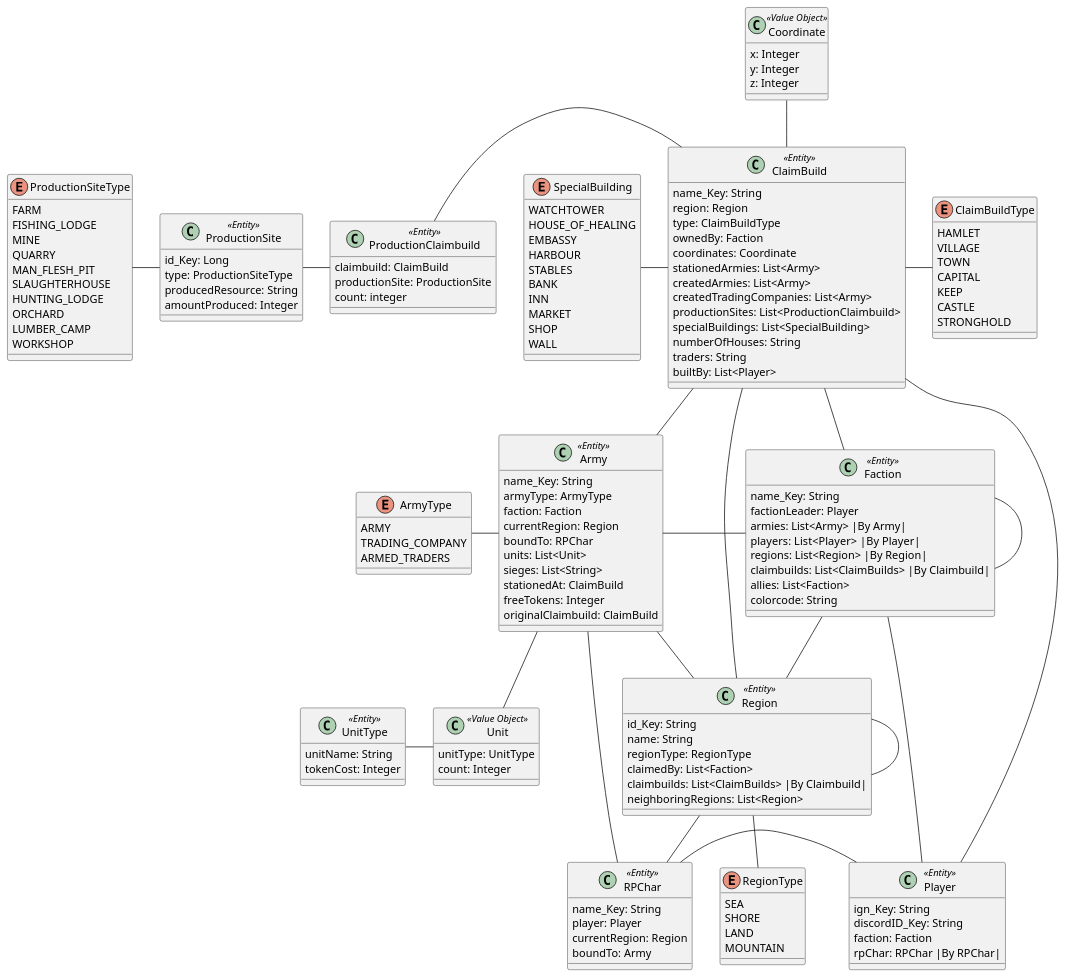
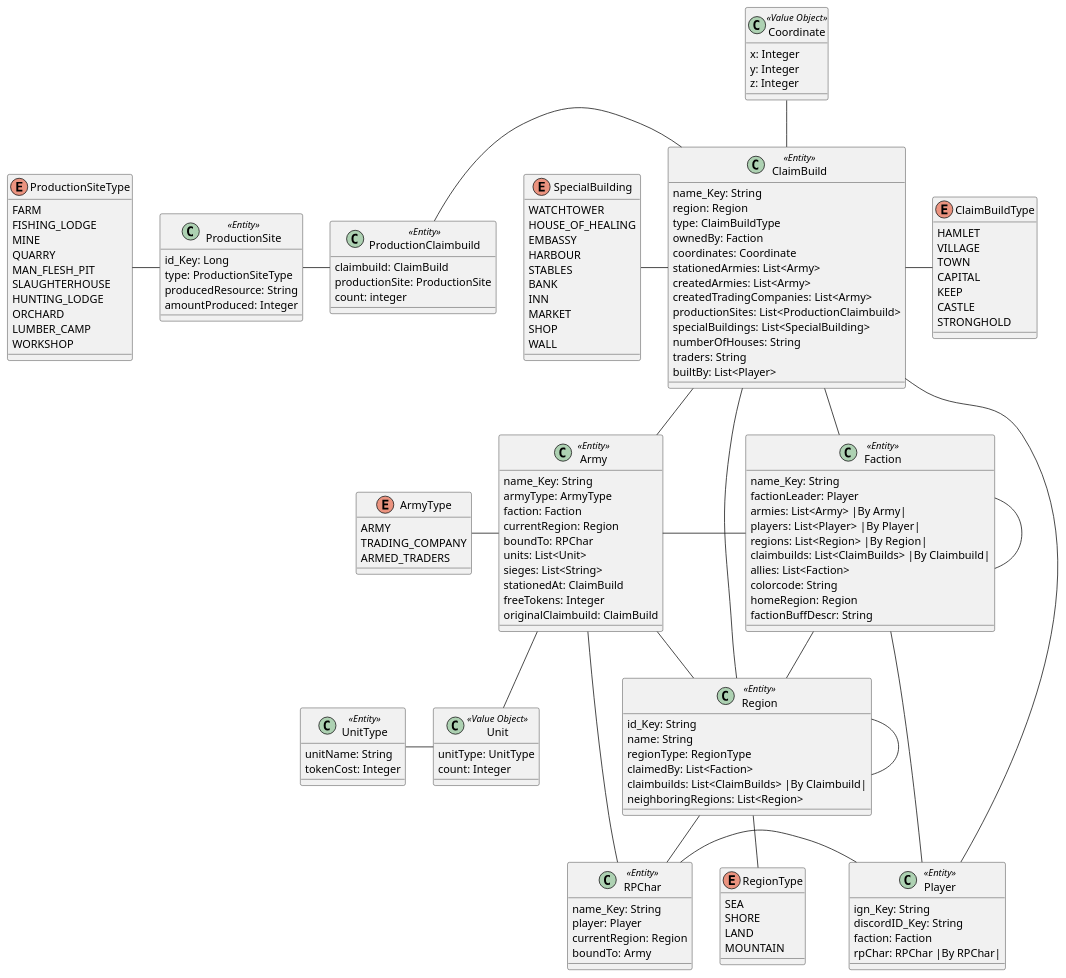
One commit to Team-KekX/Ardas-Legends-App changed the diagram in ALSpringBackend/src/main/puml/ArdasLegendsDomain.puml. Above: the diagram before and after it, drawn with PlantUML. The commit also changed 1 other file, not shown here.

Commit message:
Added homeRegion and factionBuffDescr to Factions
Added attributes for the homeRegion and the faction buff description to
factions

Changes:
	- Modified Faction.java
	- Modified ArdasLegendsDomain.puml

```diff
--- a/ALSpringBackend/src/main/puml/ArdasLegendsDomain.puml
+++ b/ALSpringBackend/src/main/puml/ArdasLegendsDomain.puml
@@ -1,176 +1,178 @@
 @startuml
 class Region <<Entity>> {
     id_Key: String
     name: String
     regionType: RegionType
     claimedBy: List<Faction>
     claimbuilds: List<ClaimBuilds> |By Claimbuild|
     neighboringRegions: List<Region>
 }
 
 enum RegionType {
     SEA
     SHORE
     LAND
     MOUNTAIN
 }
 
 class ClaimBuild <<Entity>> {
     name_Key: String
     region: Region
     type: ClaimBuildType
     ownedBy: Faction
     coordinates: Coordinate
     stationedArmies: List<Army>
     createdArmies: List<Army>
     createdTradingCompanies: List<Army>
     productionSites: List<ProductionClaimbuild>
     specialBuildings: List<SpecialBuilding>
     numberOfHouses: String
     traders: String
     builtBy: List<Player>
 }
 
 enum ClaimBuildType {
     HAMLET
     VILLAGE
     TOWN
     CAPITAL
     KEEP
     CASTLE
     STRONGHOLD
 }
 
 class Faction <<Entity>> {
     name_Key: String
     factionLeader: Player
     armies: List<Army> |By Army|
     players:  List<Player> |By Player|
     regions: List<Region> |By Region|
     claimbuilds: List<ClaimBuilds> |By Claimbuild|
     allies: List<Faction>
     colorcode: String
+    homeRegion: Region
+    factionBuffDescr: String
 }
 
 class Player <<Entity>> {
     ign_Key: String
     discordID_Key: String
     faction: Faction
     rpChar: RPChar |By RPChar|
 }
 
 class RPChar <<Entity>> {
     name_Key: String
     player: Player
     currentRegion: Region
     boundTo: Army
 }
 
 class Coordinate <<Value Object>> {
     x: Integer
     y: Integer
     z: Integer
 }
 
 class ProductionSite <<Entity>> {
     id_Key: Long
     type: ProductionSiteType
     producedResource: String
     amountProduced: Integer
 }
 
 class ProductionClaimbuild <<Entity>> {
     claimbuild: ClaimBuild
     productionSite: ProductionSite
     count: integer
 }
 
 enum ProductionSiteType {
     FARM
     FISHING_LODGE
     MINE
     QUARRY
     MAN_FLESH_PIT
     SLAUGHTERHOUSE
     HUNTING_LODGE
     ORCHARD
     LUMBER_CAMP
     WORKSHOP
 }
 
 enum SpecialBuilding {
     WATCHTOWER
     HOUSE_OF_HEALING
     EMBASSY
     HARBOUR
     STABLES
     BANK
     INN
     MARKET
     SHOP
     WALL
 }
 
 class Army <<Entity>> {
     name_Key: String
     armyType: ArmyType
     faction: Faction
     currentRegion: Region
     boundTo: RPChar
     units: List<Unit>
     sieges: List<String>
     stationedAt: ClaimBuild
     freeTokens: Integer
     originalClaimbuild: ClaimBuild
 }
 
 enum ArmyType {
     ARMY
     TRADING_COMPANY
     ARMED_TRADERS
 }
 
 class Unit <<Value Object>> {
     unitType: UnitType
     count: Integer
 }
 
 class UnitType <<Entity>> {
     unitName: String
     tokenCost: Integer
 }
 
 Region -  ClaimBuild
 Region - Region
 Region -down- RPChar
 RegionType -up- Region
 
 Faction -down- Region
 Faction -right Player
 Faction -left Army
 Faction -up- ClaimBuild
 Faction - Faction
 
 ClaimBuild - Player
 ClaimBuild -right- ClaimBuildType
 ClaimBuild -up- Coordinate
 ClaimBuild - Army
 
 ProductionSite - ProductionClaimbuild
 ProductionClaimbuild - ClaimBuild
 SpecialBuilding - ClaimBuild
 
 ProductionSite -left- ProductionSiteType
 
 
 RPChar - Player
 
 Army -down- Unit
 Army - Region
 Army - RPChar
 
 ArmyType - Army
 
 UnitType - Unit
 
 @enduml
```
